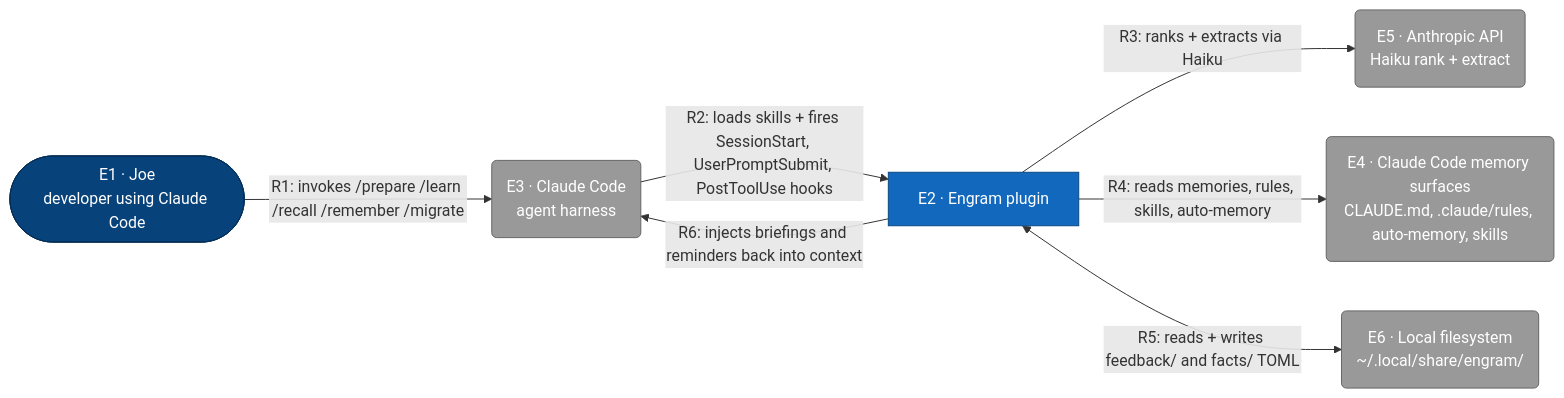
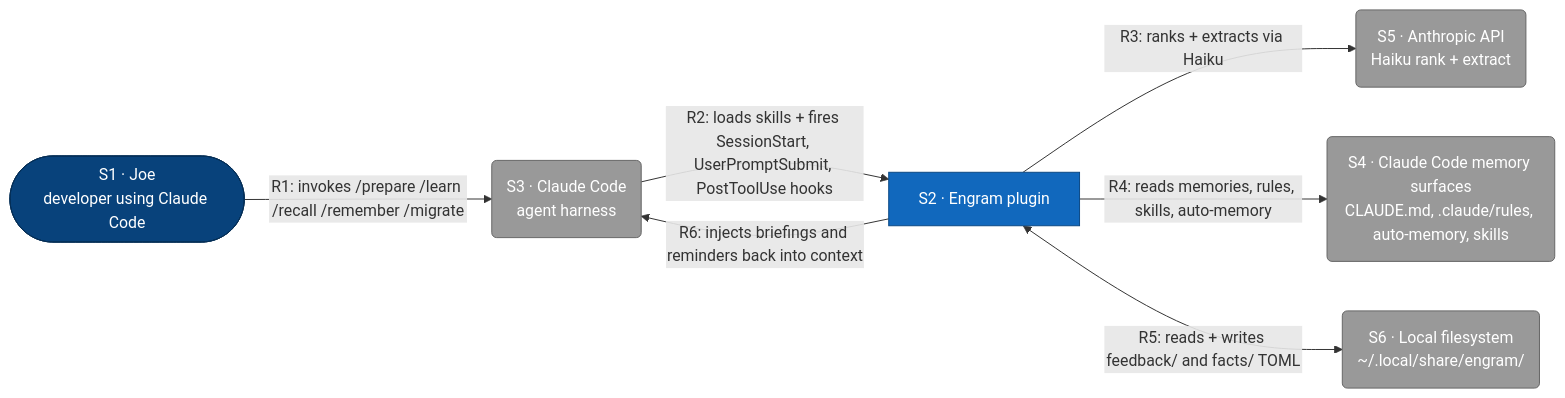
Before and after one commit to toejough/engram: the diagram in dev/testdata/c4/audit_clean.md, drawn with Mermaid. The commit also changed other lines of this file and 18 other files, not shown here.

````diff
--- a/dev/testdata/c4/audit_clean.md
+++ b/dev/testdata/c4/audit_clean.md
@@ -15,31 +15,31 @@
 ```mermaid
 flowchart LR
     classDef person      fill:#08427b,stroke:#052e56,color:#fff
     classDef external    fill:#999,   stroke:#666,   color:#fff
     classDef container   fill:#1168bd,stroke:#0b4884,color:#fff
 
-    user([E1 · Joe<br/>developer using Claude Code])
-    cc(E3 · Claude Code<br/>agent harness)
-    ccmem(E4 · Claude Code memory surfaces<br/>CLAUDE.md, .claude/rules, auto-memory, skills)
-    anth(E5 · Anthropic API<br/>Haiku rank + extract)
-    fs(E6 · Local filesystem<br/>~/.local/share/engram/)
-    engram[E2 · Engram plugin]
+    user([S1 · Joe<br/>developer using Claude Code])
+    cc(S3 · Claude Code<br/>agent harness)
+    ccmem(S4 · Claude Code memory surfaces<br/>CLAUDE.md, .claude/rules, auto-memory, skills)
+    anth(S5 · Anthropic API<br/>Haiku rank + extract)
+    fs(S6 · Local filesystem<br/>~/.local/share/engram/)
+    engram[S2 · Engram plugin]
 
     user -->|R1: invokes /prepare /learn /recall /remember /migrate| cc
     cc -->|R2: loads skills + fires SessionStart, UserPromptSubmit, PostToolUse hooks| engram
     engram -->|R3: ranks + extracts via Haiku| anth
     engram -->|R4: reads memories, rules, skills, auto-memory| ccmem
     engram <-->|R5: reads + writes feedback/ and facts/ TOML| fs
     engram -->|R6: injects briefings and reminders back into context| cc
 
     class user person
     class cc,ccmem,anth,fs external
     class engram container
 
-    click user href "#e1-joe" "Joe"
-    click engram href "#e2-engram-plugin" "Engram plugin"
-    click cc href "#e3-claude-code" "Claude Code"
-    click ccmem href "#e4-claude-code-memory-surfaces" "Claude Code memory surfaces"
-    click anth href "#e5-anthropic-api" "Anthropic API"
-    click fs href "#e6-local-filesystem" "Local filesystem"
+    click user href "#s1-joe" "Joe"
+    click engram href "#s2-engram-plugin" "Engram plugin"
+    click cc href "#s3-claude-code" "Claude Code"
+    click ccmem href "#s4-claude-code-memory-surfaces" "Claude Code memory surfaces"
+    click anth href "#s5-anthropic-api" "Anthropic API"
+    click fs href "#s6-local-filesystem" "Local filesystem"
 ```
````
